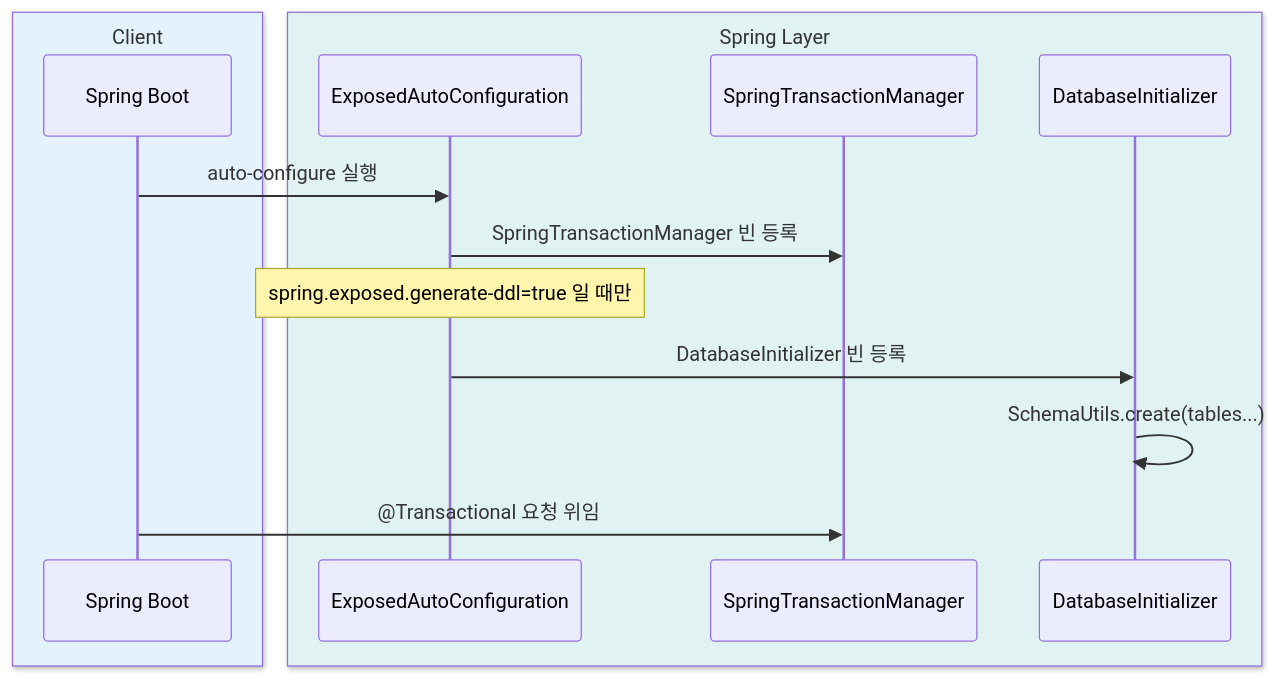
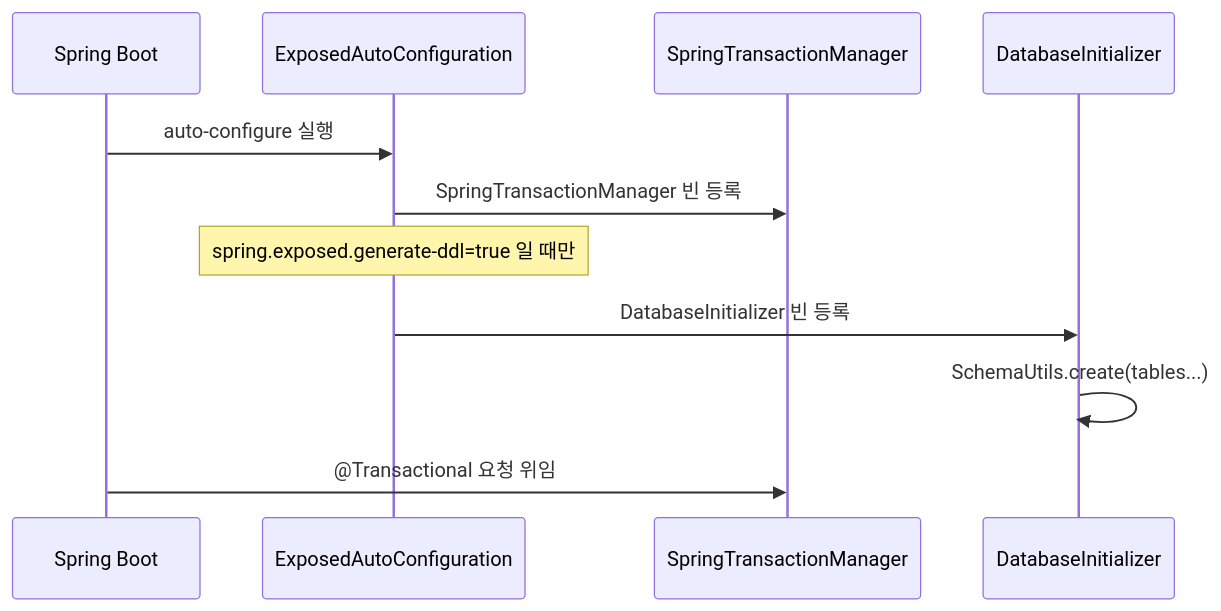
One commit to bluetape4k/exposed-workshop changed the second of 2 diagrams in 09-spring/01-springboot-autoconfigure/README.ko.md. Above: the diagram before and after it, drawn with Mermaid. The commit also changed 42 other files, not shown here.

First line of the commit message:
docs: sequence diagram에서 box rgb() 제거 (option 1 - GitHub dark mode 기본 렌더링 사용)

````diff
--- a/09-spring/01-springboot-autoconfigure/README.ko.md
+++ b/09-spring/01-springboot-autoconfigure/README.ko.md
@@ -101,19 +101,15 @@
 ```mermaid
 %%{init: {"theme": "neutral", "themeVariables": {"fontFamily": "'Comic Mono', 'goorm sans code', 'JetBrains Mono', 'goorm sans'"}}}%%
 sequenceDiagram
-    box rgb(227, 242, 253) Client
-        participant Boot as Spring Boot
-    end
-    box rgb(224, 242, 241) Spring Layer
-        participant AC as ExposedAutoConfiguration
-        participant STM as SpringTransactionManager
-        participant DI as DatabaseInitializer
-    end
+    participant Boot as Spring Boot
+    participant AC as ExposedAutoConfiguration
+    participant STM as SpringTransactionManager
+    participant DI as DatabaseInitializer
 
     Boot->>AC: auto-configure 실행
     AC->>STM: SpringTransactionManager 빈 등록
     Note over AC: spring.exposed.generate-ddl=true 일 때만
     AC->>DI: DatabaseInitializer 빈 등록
     DI->>DI: SchemaUtils.create(tables...)
     Boot->>STM: @Transactional 요청 위임
 ```
````
